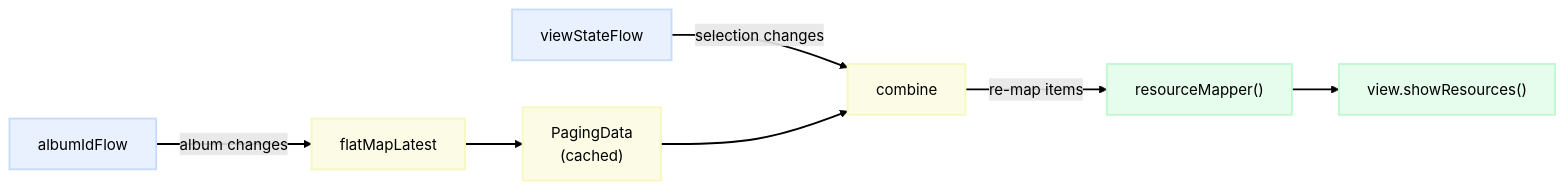
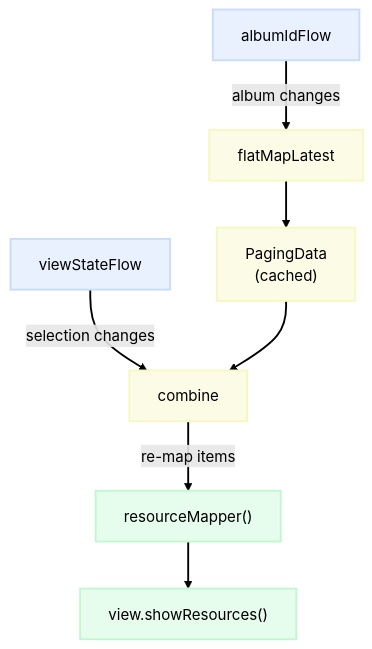
One commit to monday8am/monday8am.github.io changed the second of 3 diagrams in _posts/2020-10-21-storybeat-reactive-gallery.md. Above: the diagram before and after it, drawn with Mermaid. The commit also changed other lines of this file and 3 other files, not shown here.

Commit message:
Updated flowchart styles

````diff
--- a/_posts/2020-10-21-storybeat-reactive-gallery.md
+++ b/_posts/2020-10-21-storybeat-reactive-gallery.md
@@ -213,24 +220,24 @@
 ```mermaid
-flowchart LR
+flowchart TB
     classDef blue fill:#c7dcfc66,stroke:#c7dcfc,stroke-width:2px,color:black
     classDef yellow fill:#f7f8c066,stroke:#f7f8c0,stroke-width:2px,color:black
     classDef green fill:#c0f8d066,stroke:#c0f8d0,stroke-width:2px,color:black
     linkStyle default stroke:black,stroke-width:2px,color:black
 
     AlbumId["albumIdFlow"] -->|album changes| FML["flatMapLatest"]
     FML --> PD["PagingData<br/>(cached)"]
 
     ViewState["viewStateFlow"] -->|selection changes| CMB["combine"]
     PD --> CMB
 
     CMB -->|re-map items| Mapper["resourceMapper()"]
     Mapper --> UI["view.showResources()"]
 
     AlbumId:::blue
     ViewState:::blue
     FML:::yellow
     CMB:::yellow
     PD:::yellow
     Mapper:::green
     UI:::green
 ```
````
